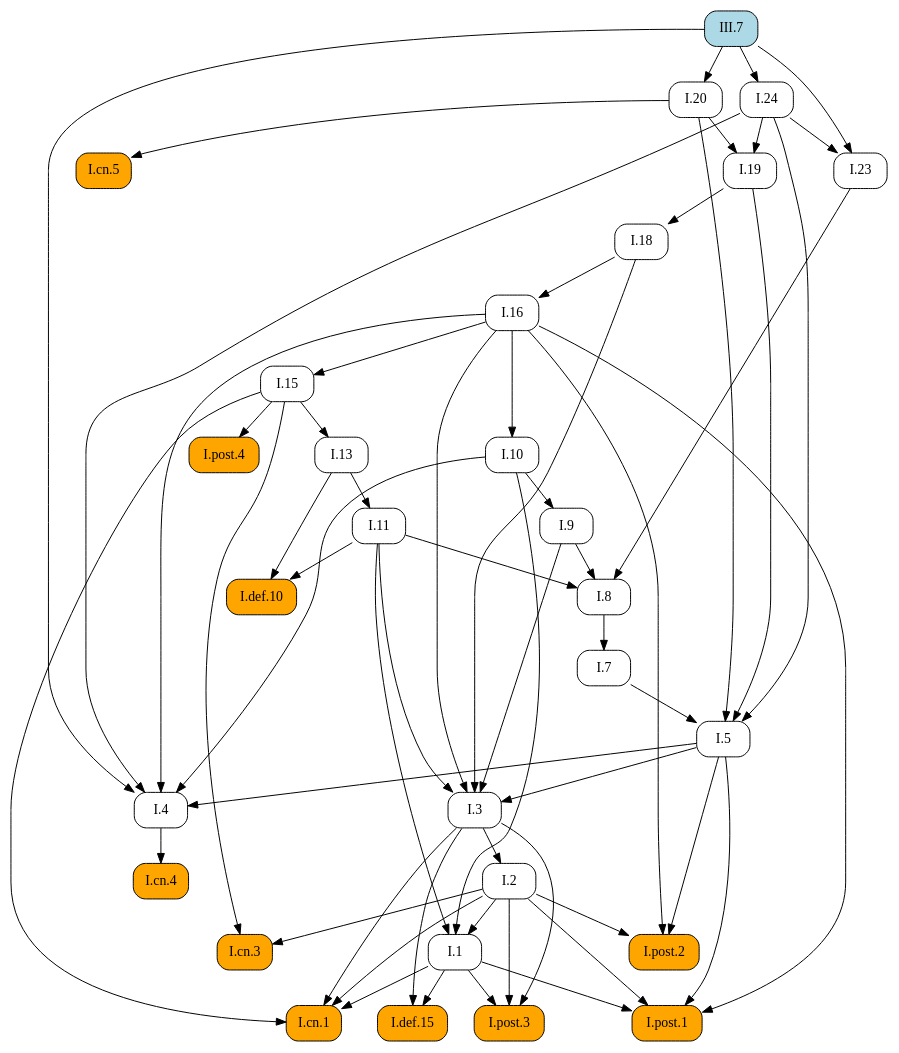
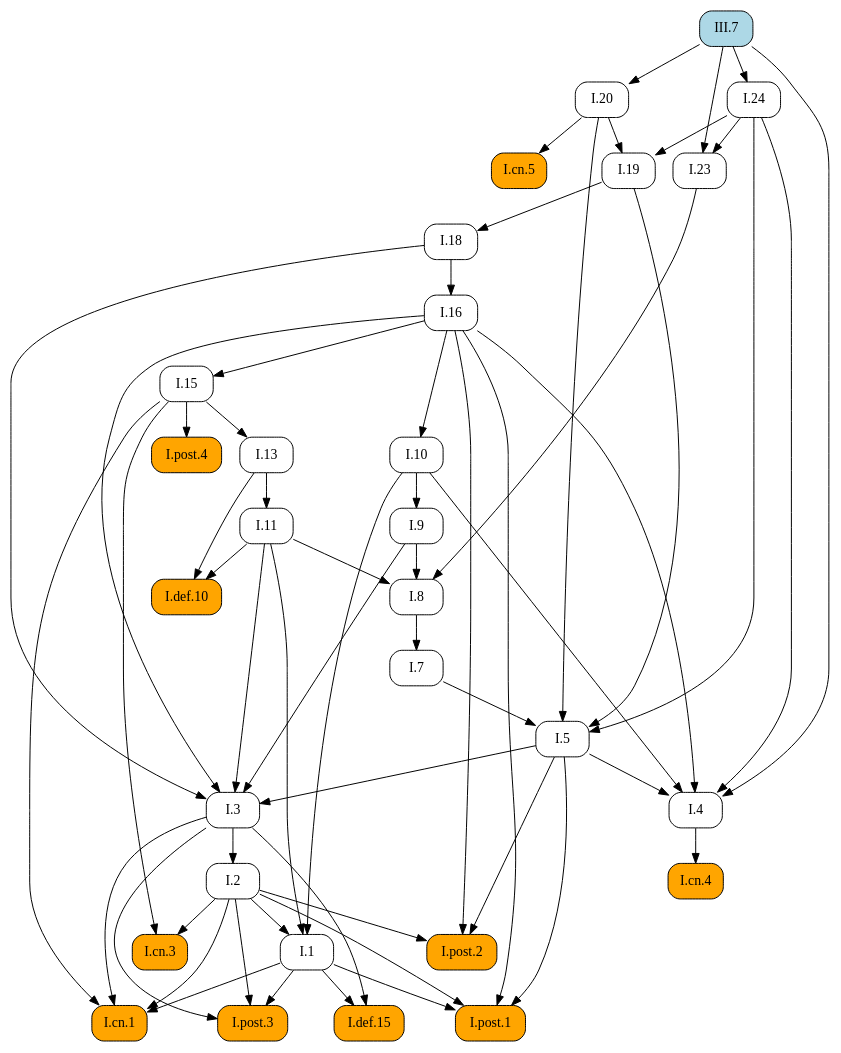
One commit to geometor/elements changed the diagram in docsrc/heath/III/7/index.rst. Above: the diagram before and after it, drawn with Graphviz. The commit also changed other lines of this file and 1029 other files, not shown here.

```diff
--- a/docsrc/heath/III/7/index.rst
+++ b/docsrc/heath/III/7/index.rst
@@ -123,91 +123,91 @@
    digraph {
      rankdir="TB";
      node [shape=box, style=rounded];
-     "I.13" [URL="/heath/I/13/", target="_top"];
-     "I.cn.3" [style="rounded,filled", fillcolor=orange, URL="/heath/I/cn.3/", target="_top"];
-     "I.5" [URL="/heath/I/5/", target="_top"];
-     "III.7" [style="rounded,filled", fillcolor=lightblue, URL="/heath/III/7/", target="_top"];
+     "I.def.10" [style="rounded,filled", fillcolor=orange, URL="/heath/I/def.10/", target="_top"];
+     "I.cn.5" [style="rounded,filled", fillcolor=orange, URL="/heath/I/cn.5/", target="_top"];
+     "I.post.4" [style="rounded,filled", fillcolor=orange, URL="/heath/I/post.4/", target="_top"];
+     "I.1" [URL="/heath/I/1/", target="_top"];
      "I.11" [URL="/heath/I/11/", target="_top"];
      "I.7" [URL="/heath/I/7/", target="_top"];
-     "I.10" [URL="/heath/I/10/", target="_top"];
-     "I.4" [URL="/heath/I/4/", target="_top"];
-     "I.3" [URL="/heath/I/3/", target="_top"];
-     "I.16" [URL="/heath/I/16/", target="_top"];
-     "I.8" [URL="/heath/I/8/", target="_top"];
-     "I.9" [URL="/heath/I/9/", target="_top"];
-     "I.def.10" [style="rounded,filled", fillcolor=orange, URL="/heath/I/def.10/", target="_top"];
-     "I.post.4" [style="rounded,filled", fillcolor=orange, URL="/heath/I/post.4/", target="_top"];
-     "I.post.2" [style="rounded,filled", fillcolor=orange, URL="/heath/I/post.2/", target="_top"];
-     "I.2" [URL="/heath/I/2/", target="_top"];
-     "I.def.15" [style="rounded,filled", fillcolor=orange, URL="/heath/I/def.15/", target="_top"];
-     "I.1" [URL="/heath/I/1/", target="_top"];
-     "I.post.3" [style="rounded,filled", fillcolor=orange, URL="/heath/I/post.3/", target="_top"];
-     "I.post.1" [style="rounded,filled", fillcolor=orange, URL="/heath/I/post.1/", target="_top"];
-     "I.cn.5" [style="rounded,filled", fillcolor=orange, URL="/heath/I/cn.5/", target="_top"];
      "I.20" [URL="/heath/I/20/", target="_top"];
      "I.24" [URL="/heath/I/24/", target="_top"];
+     "I.3" [URL="/heath/I/3/", target="_top"];
+     "I.2" [URL="/heath/I/2/", target="_top"];
+     "I.4" [URL="/heath/I/4/", target="_top"];
+     "I.13" [URL="/heath/I/13/", target="_top"];
+     "I.post.2" [style="rounded,filled", fillcolor=orange, URL="/heath/I/post.2/", target="_top"];
+     "I.18" [URL="/heath/I/18/", target="_top"];
+     "I.16" [URL="/heath/I/16/", target="_top"];
+     "I.def.15" [style="rounded,filled", fillcolor=orange, URL="/heath/I/def.15/", target="_top"];
+     "I.19" [URL="/heath/I/19/", target="_top"];
+     "I.post.3" [style="rounded,filled", fillcolor=orange, URL="/heath/I/post.3/", target="_top"];
+     "I.9" [URL="/heath/I/9/", target="_top"];
+     "III.7" [style="rounded,filled", fillcolor=lightblue, URL="/heath/III/7/", target="_top"];
+     "I.cn.1" [style="rounded,filled", fillcolor=orange, URL="/heath/I/cn.1/", target="_top"];
+     "I.cn.3" [style="rounded,filled", fillcolor=orange, URL="/heath/I/cn.3/", target="_top"];
+     "I.8" [URL="/heath/I/8/", target="_top"];
      "I.cn.4" [style="rounded,filled", fillcolor=orange, URL="/heath/I/cn.4/", target="_top"];
-     "I.cn.1" [style="rounded,filled", fillcolor=orange, URL="/heath/I/cn.1/", target="_top"];
+     "I.23" [URL="/heath/I/23/", target="_top"];
      "I.15" [URL="/heath/I/15/", target="_top"];
-     "I.19" [URL="/heath/I/19/", target="_top"];
-     "I.18" [URL="/heath/I/18/", target="_top"];
-     "I.23" [URL="/heath/I/23/", target="_top"];
-     "I.15" -> "I.13";
-     "I.2" -> "I.cn.3";
-     "I.15" -> "I.cn.3";
-     "I.7" -> "I.5";
-     "I.19" -> "I.5";
-     "I.20" -> "I.5";
-     "I.24" -> "I.5";
+     "I.post.1" [style="rounded,filled", fillcolor=orange, URL="/heath/I/post.1/", target="_top"];
+     "I.10" [URL="/heath/I/10/", target="_top"];
+     "I.5" [URL="/heath/I/5/", target="_top"];
+     "I.11" -> "I.def.10";
+     "I.13" -> "I.def.10";
+     "I.20" -> "I.cn.5";
+     "I.15" -> "I.post.4";
+     "I.2" -> "I.1";
+     "I.10" -> "I.1";
+     "I.11" -> "I.1";
      "I.13" -> "I.11";
      "I.8" -> "I.7";
-     "I.16" -> "I.10";
+     "III.7" -> "I.20";
+     "III.7" -> "I.24";
+     "I.5" -> "I.3";
+     "I.9" -> "I.3";
+     "I.11" -> "I.3";
+     "I.16" -> "I.3";
+     "I.18" -> "I.3";
+     "I.3" -> "I.2";
      "I.5" -> "I.4";
      "I.10" -> "I.4";
      "I.16" -> "I.4";
      "I.24" -> "I.4";
      "III.7" -> "I.4";
-     "I.5" -> "I.3";
-     "I.9" -> "I.3";
-     "I.11" -> "I.3";
-     "I.16" -> "I.3";
-     "I.18" -> "I.3";
+     "I.15" -> "I.13";
+     "I.2" -> "I.post.2";
+     "I.5" -> "I.post.2";
+     "I.16" -> "I.post.2";
+     "I.19" -> "I.18";
      "I.18" -> "I.16";
+     "I.1" -> "I.def.15";
+     "I.3" -> "I.def.15";
+     "I.20" -> "I.19";
+     "I.24" -> "I.19";
+     "I.1" -> "I.post.3";
+     "I.2" -> "I.post.3";
+     "I.3" -> "I.post.3";
+     "I.10" -> "I.9";
+     "I.1" -> "I.cn.1";
+     "I.2" -> "I.cn.1";
+     "I.3" -> "I.cn.1";
+     "I.15" -> "I.cn.1";
+     "I.2" -> "I.cn.3";
+     "I.15" -> "I.cn.3";
      "I.9" -> "I.8";
      "I.11" -> "I.8";
      "I.23" -> "I.8";
-     "I.10" -> "I.9";
-     "I.11" -> "I.def.10";
-     "I.13" -> "I.def.10";
-     "I.15" -> "I.post.4";
-     "I.2" -> "I.post.2";
-     "I.5" -> "I.post.2";
-     "I.16" -> "I.post.2";
-     "I.3" -> "I.2";
-     "I.1" -> "I.def.15";
-     "I.3" -> "I.def.15";
-     "I.2" -> "I.1";
-     "I.10" -> "I.1";
-     "I.11" -> "I.1";
-     "I.1" -> "I.post.3";
-     "I.2" -> "I.post.3";
-     "I.3" -> "I.post.3";
+     "I.4" -> "I.cn.4";
+     "I.24" -> "I.23";
+     "III.7" -> "I.23";
+     "I.16" -> "I.15";
      "I.1" -> "I.post.1";
      "I.2" -> "I.post.1";
      "I.5" -> "I.post.1";
      "I.16" -> "I.post.1";
-     "I.20" -> "I.cn.5";
-     "III.7" -> "I.20";
-     "III.7" -> "I.24";
-     "I.4" -> "I.cn.4";
-     "I.1" -> "I.cn.1";
-     "I.2" -> "I.cn.1";
-     "I.3" -> "I.cn.1";
-     "I.15" -> "I.cn.1";
-     "I.16" -> "I.15";
-     "I.20" -> "I.19";
-     "I.24" -> "I.19";
-     "I.19" -> "I.18";
-     "I.24" -> "I.23";
-     "III.7" -> "I.23";
+     "I.16" -> "I.10";
+     "I.7" -> "I.5";
+     "I.19" -> "I.5";
+     "I.20" -> "I.5";
+     "I.24" -> "I.5";
    }
```
